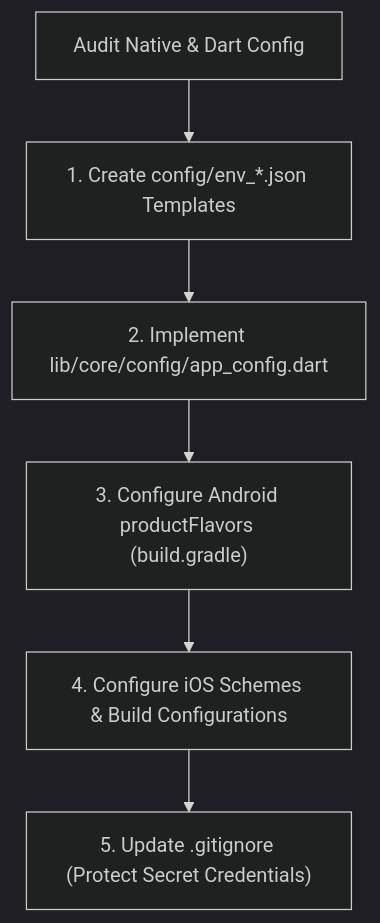
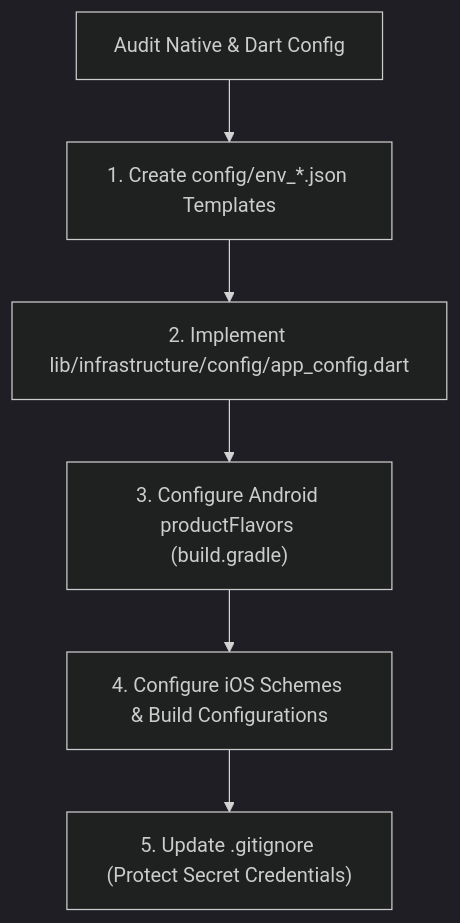
One commit to Vurarddo/flutter_agents changed the diagram in .agents/skills/adoption/adoption-flavors-migrator/SKILL.md. Above: the diagram before and after it, drawn with Mermaid (dark theme). The commit also changed other lines of this file and 38 other files, not shown here.

````diff
--- a/.agents/skills/adoption/adoption-flavors-migrator/SKILL.md
+++ b/.agents/skills/adoption/adoption-flavors-migrator/SKILL.md
@@ -18,8 +18,8 @@
 ```mermaid
 graph TD
     A["Audit Native & Dart Config"] --> B["1. Create config/env_*.json Templates"]
-    B --> C["2. Implement lib/core/config/app_config.dart"]
+    B --> C["2. Implement lib/infrastructure/config/app_config.dart"]
     C --> D["3. Configure Android productFlavors (build.gradle)"]
     D --> E["4. Configure iOS Schemes & Build Configurations"]
     E --> F["5. Update .gitignore (Protect Secret Credentials)"]
 ```
````
